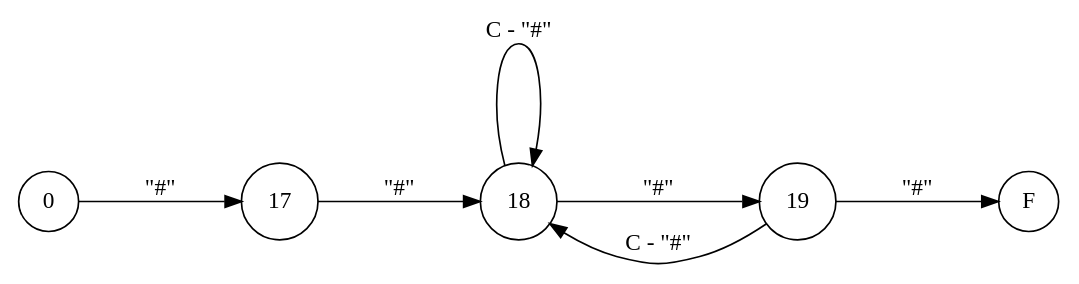
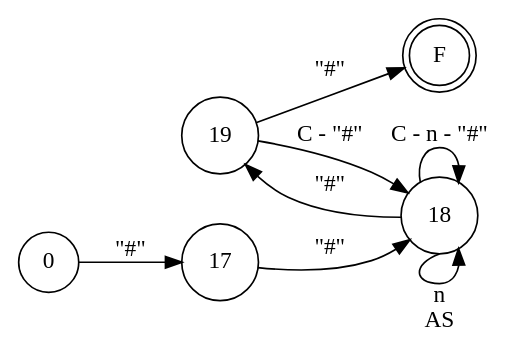
Before and after one commit to iroumec/RouVel-Compiler: the diagram in resources/FA/FADiagrams/comments.dot, drawn with Graphviz. The commit also changed 12 other files, not shown here.

Commit message:
Improvements in Diagrams

```diff
--- a/resources/FA/FADiagrams/comments.dot
+++ b/resources/FA/FADiagrams/comments.dot
@@ -1,18 +1,13 @@
 digraph DFA {
-    // Layout más libre y cuadrado
-    splines = true;
-    overlap = false;
-    nodesep = 1;
-    ranksep = 1;
     rankdir = LR;
-    
-    // Estados normales.
     node [shape = circle;];
+    F [shape = doublecircle;];
     
     0 -> 17 [label = "\"#\"";];
     17 -> 18 [label = "\"#\"";];
-    18 -> 18 [label = "C - \"#\"";];
+    18 -> 18 [label = "C - n - \"#\"";];
+    18 -> 18 [label = "n \n AS"; tailport = s;];
     18 -> 19 [label = "\"#\"";];
     19 -> 18 [label = "C - \"#\"";];
     19 -> F [label = "\"#\"";];
 }
```
